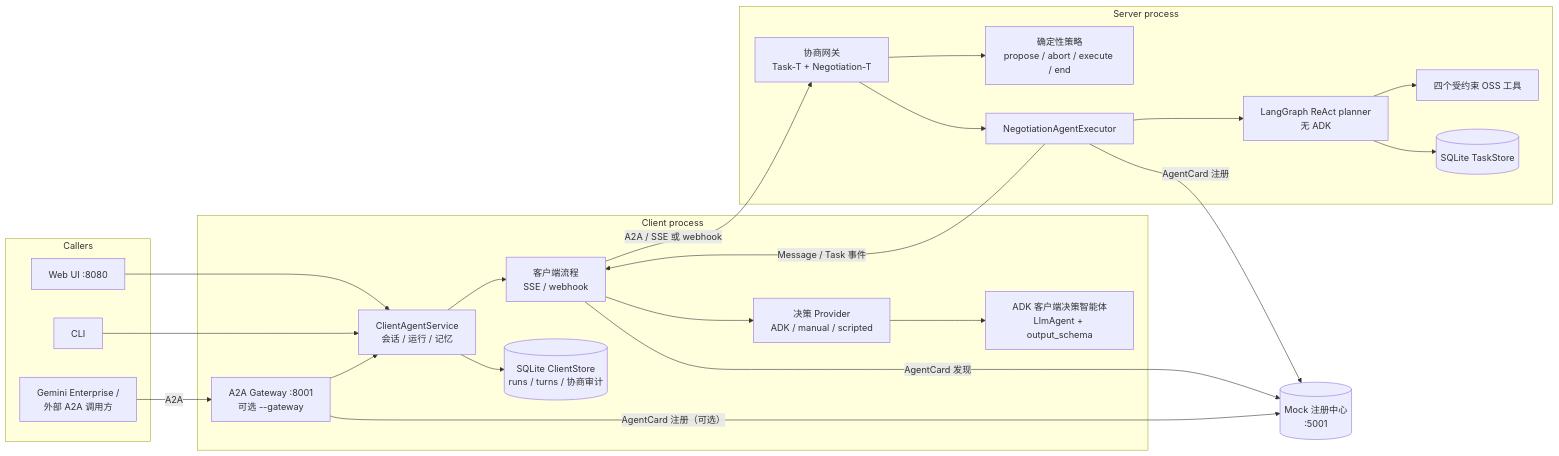
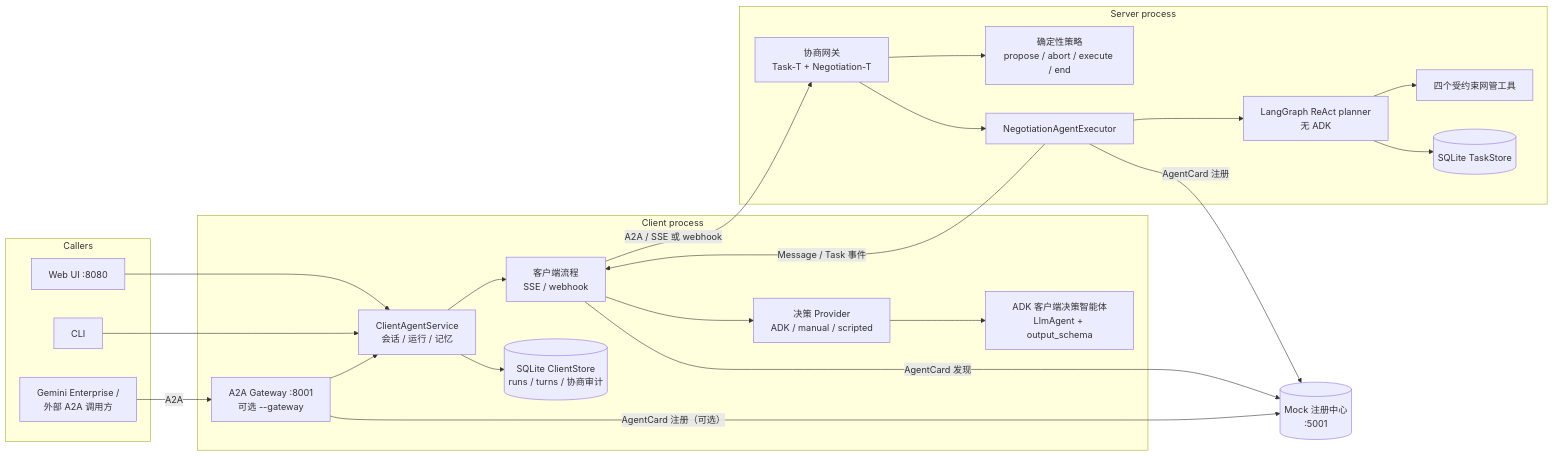
Before and after one commit to codetalks-hw/a2a-t-sdk-python: the second of 9 diagrams in a2a-t-sample/ran-energy-saving/README-zh.md, drawn with Mermaid. The commit also changed other lines of this file and 1 other file, not shown here.

First line of the commit message:
docs(ran-sample): add a business view and correct the oss role

````diff
--- a/a2a-t-sample/ran-energy-saving/README-zh.md
+++ b/a2a-t-sample/ran-energy-saving/README-zh.md
@@ -42,45 +72,45 @@
 ```mermaid
 flowchart LR
     subgraph Callers
         UI[Web UI :8080]
         CLI[CLI]
         GE[Gemini Enterprise /<br/>外部 A2A 调用方]
     end
 
     subgraph Client process
         SVC[ClientAgentService<br/>会话 / 运行 / 记忆]
         CF[客户端流程<br/>SSE / webhook]
         CA[ADK 客户端决策智能体<br/>LlmAgent + output_schema]
         DP[决策 Provider<br/>ADK / manual / scripted]
         GW[A2A Gateway :8001<br/>可选 --gateway]
         CDB[(SQLite ClientStore<br/>runs / turns / 协商审计)]
         UI --> SVC
         CLI --> SVC
         GE -- A2A --> GW --> SVC
         SVC --> CF
         CF --> DP
         DP --> CA
         SVC --> CDB
     end
 
     subgraph Server process
         G[协商网关<br/>Task-T + Negotiation-T]
         P[确定性策略<br/>propose / abort / execute / end]
         EX[NegotiationAgentExecutor]
         LG[LangGraph ReAct planner<br/>无 ADK]
-        TOOLS[四个受约束 OSS 工具]
+        TOOLS[四个受约束网管工具]
         DB[(SQLite TaskStore)]
         G --> P
         G --> EX
         EX --> LG
         LG --> TOOLS
         LG --> DB
     end
 
     REG[(Mock 注册中心<br/>:5001)]
     CF -- A2A / SSE 或 webhook --> G
     EX -- Message / Task 事件 --> CF
     EX -- AgentCard 注册 --> REG
     CF -- AgentCard 发现 --> REG
     GW -- AgentCard 注册（可选） --> REG
 ```
````
